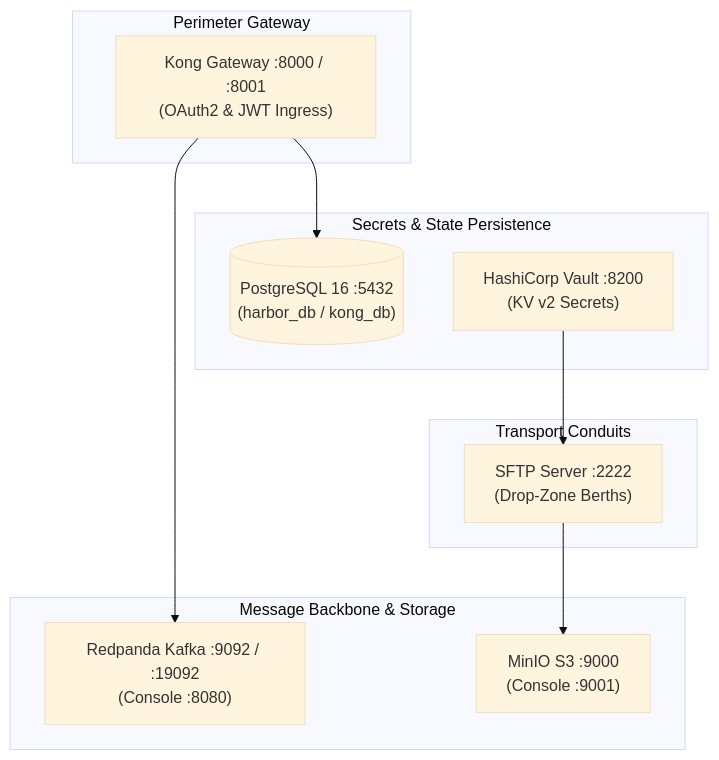
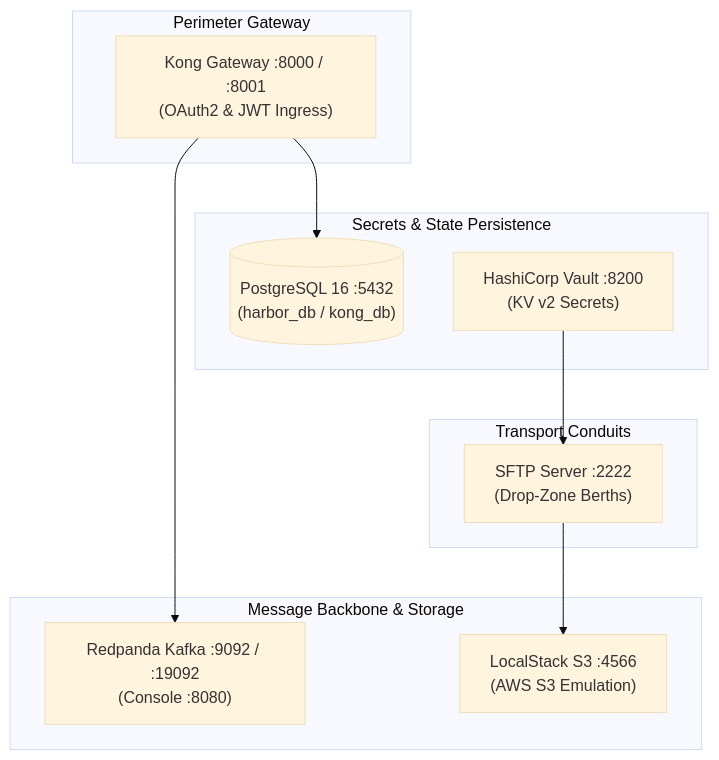
Before and after one commit to Works-by-Worrell/harbor-master: the first of 2 diagrams in docs/RUNBOOK.md, drawn with Mermaid (base theme). The commit also changed other lines of this file and 3 other files, not shown here.

Commit message:
docs(storage): update runbook and postman collection for LocalStack S3 [vector]

````diff
--- a/docs/RUNBOOK.md
+++ b/docs/RUNBOOK.md
@@ -14,25 +14,25 @@
 ```mermaid
 flowchart TD
     subgraph Edge ["Perimeter Gateway"]
         KONG["Kong Gateway :8000 / :8001<br/>(OAuth2 & JWT Ingress)"]
     end
 
     subgraph DataPlane ["Message Backbone & Storage"]
         REDPANDA["Redpanda Kafka :9092 / :19092<br/>(Console :8080)"]
-        MINIO["MinIO S3 :9000<br/>(Console :9001)"]
+        LOCALSTACK["LocalStack S3 :4566<br/>(AWS S3 Emulation)"]
     end
 
     subgraph SecurityPersistence ["Secrets & State Persistence"]
         POSTGRES[("PostgreSQL 16 :5432<br/>(harbor_db / kong_db)")]
         VAULT["HashiCorp Vault :8200<br/>(KV v2 Secrets)"]
     end
 
     subgraph IngressProtocols ["Transport Conduits"]
         SFTP["SFTP Server :2222<br/>(Drop-Zone Berths)"]
     end
 
     KONG --> POSTGRES
     KONG --> REDPANDA
     VAULT --> SFTP
-    SFTP --> MINIO
+    SFTP --> LOCALSTACK
 ```
````
